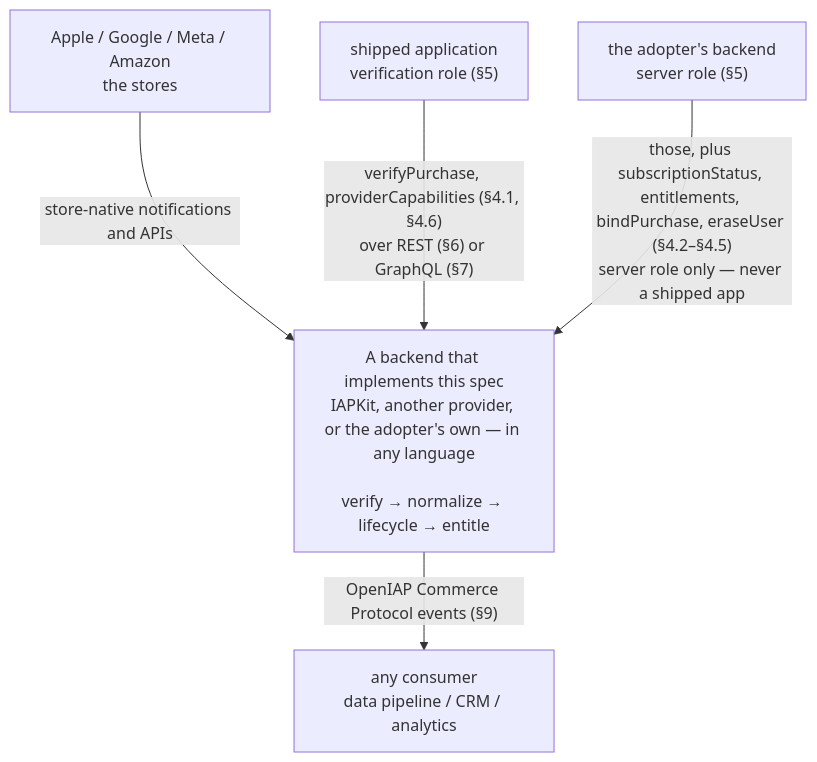
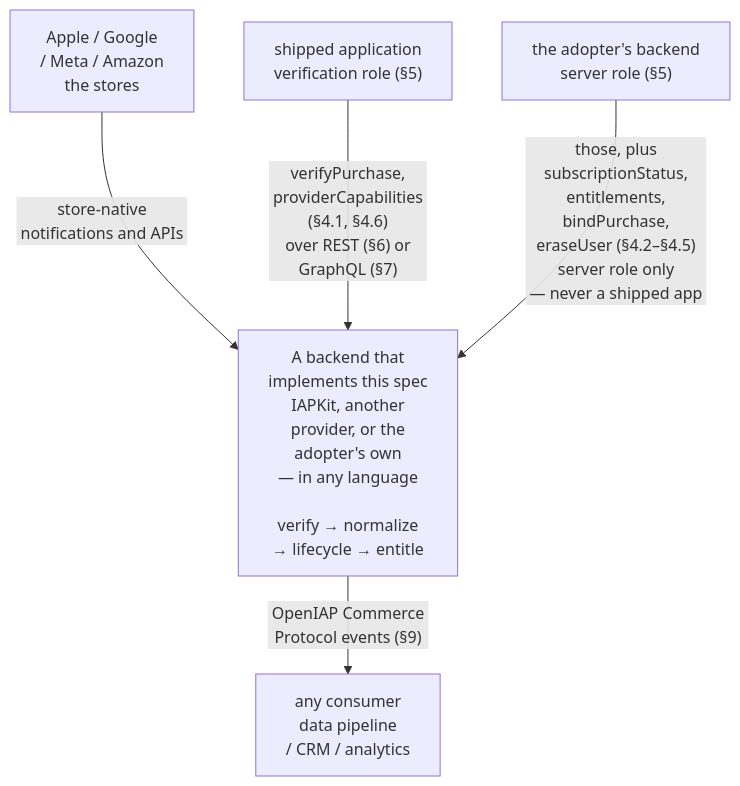
The diagram in specs/commerce-protocol/README.md (hyodotdev/openiap), drawn with Mermaid before and after one commit. The commit also changed 1 other file, not shown here.

Commit message:
docs(spec): keep mermaid labels inside their boxes
GitHub gives every flowchart node the same width and clips the label at roughly
25 characters of prose, so the commerce contract diagram read "Apple / Google /
Meta / Am" and "OpenIAP Commerce Protoco". Rewrapping each node label to 22
characters or fewer per line renders them whole. Verified on a scratch branch:
the diagram as written clips, the rewrapped one does not.

Subgraph titles stay on one line. A subgraph widens to fit its title, so those
already rendered in full, and wrapping one clips it vertically instead — which
the first attempt at this did.

Mermaid also sizes an edge label background to the text, so the grey boxes sat
flush against every glyph while the node boxes around them had room. A
non-breaking space on each line gives them the same breathing space.

Every label is byte-identical once the breaks and spaces are removed. DESIGN.md
is untouched: its diagrams are rendered into the published PDF through
scripts/mermaid.json, whose wrappingWidth already wraps them, and editing it
would force a rebuild of a PDF whose pagination is pinned to a specific Chrome.

````diff
--- a/specs/commerce-protocol/README.md
+++ b/specs/commerce-protocol/README.md
@@ -68,13 +68,13 @@
 ```mermaid
 flowchart TB
-  stores["Apple / Google / Meta / Amazon<br/>the stores"]
-  backend["A backend that implements this spec<br/>IAPKit, another provider, or the adopter's own — in any language<br/><br/>verify → normalize → lifecycle → entitle"]
+  stores["Apple / Google<br/>/ Meta / Amazon<br/>the stores"]
+  backend["A backend that<br/>implements this spec<br/>IAPKit, another<br/>provider, or the<br/>adopter's own<br/>— in any language<br/><br/>verify → normalize<br/>→ lifecycle → entitle"]
   app["shipped application<br/>verification role (§5)"]
   server["the adopter's backend<br/>server role (§5)"]
-  consumers["any consumer<br/>data pipeline / CRM / analytics"]
+  consumers["any consumer<br/>data pipeline<br/>/ CRM / analytics"]
 
-  stores -->|"store-native notifications and APIs"| backend
-  app -->|"verifyPurchase, providerCapabilities (§4.1, §4.6)<br/>over REST (§6) or GraphQL (§7)"| backend
-  server -->|"those, plus subscriptionStatus, entitlements, bindPurchase, eraseUser (§4.2–§4.5)<br/>server role only — never a shipped app"| backend
-  backend -->|"OpenIAP Commerce Protocol events (§9)"| consumers
+  stores -->|"&nbsp;store-native&nbsp;<br/>&nbsp;notifications and APIs&nbsp;"| backend
+  app -->|"&nbsp;verifyPurchase,&nbsp;<br/>&nbsp;providerCapabilities&nbsp;<br/>&nbsp;(§4.1, §4.6)&nbsp;<br/>&nbsp;over REST (§6) or&nbsp;<br/>&nbsp;GraphQL (§7)&nbsp;"| backend
+  server -->|"&nbsp;those, plus&nbsp;<br/>&nbsp;subscriptionStatus,&nbsp;<br/>&nbsp;entitlements,&nbsp;<br/>&nbsp;bindPurchase,&nbsp;<br/>&nbsp;eraseUser (§4.2–§4.5)&nbsp;<br/>&nbsp;server role only&nbsp;<br/>&nbsp;— never a shipped app&nbsp;"| backend
+  backend -->|"&nbsp;OpenIAP Commerce&nbsp;<br/>&nbsp;Protocol events (§9)&nbsp;"| consumers
 ```
````
